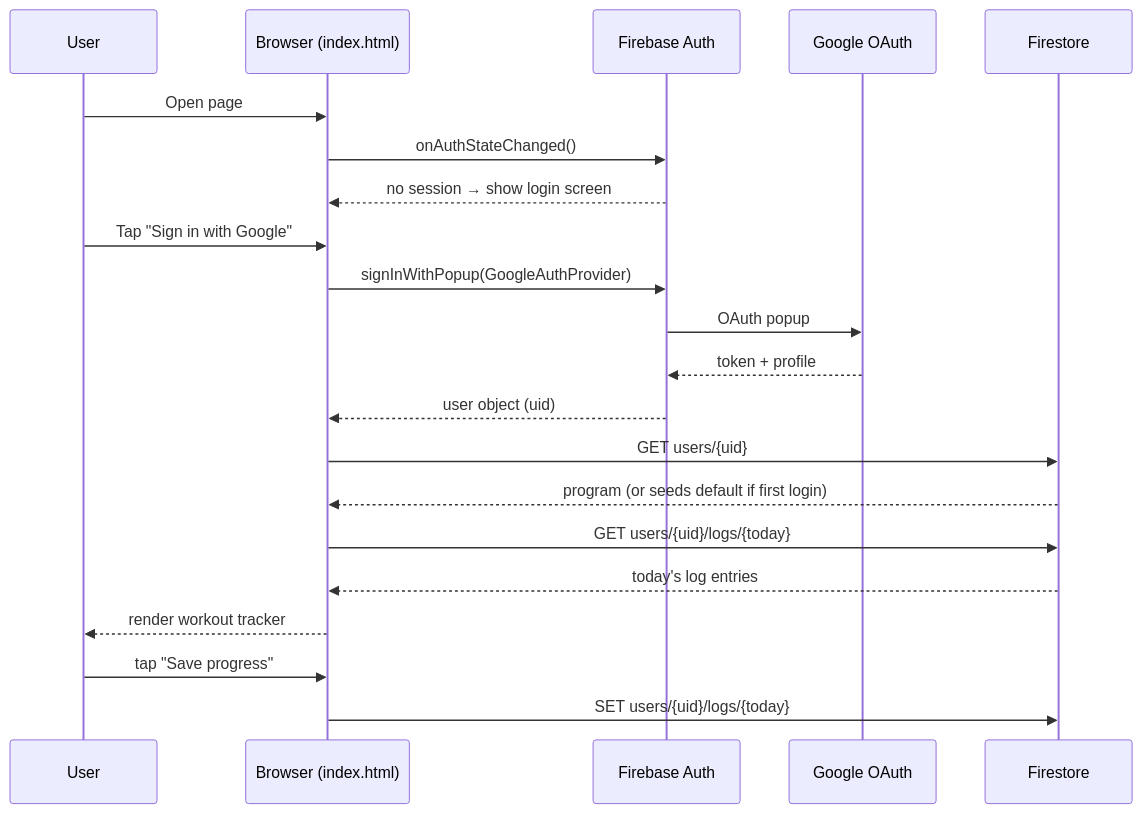
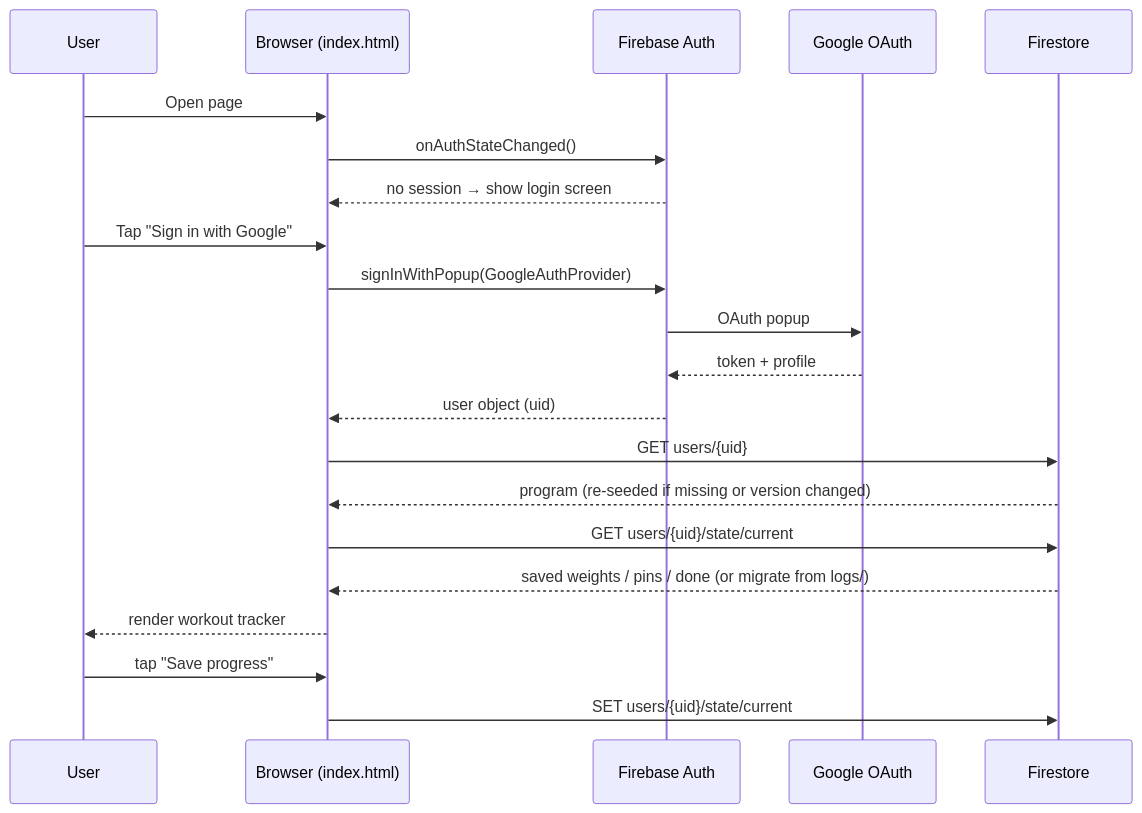
The third of 3 diagrams in README.md (sarath-chandra-dev/shirtoff-tracker), drawn with Mermaid before and after one commit. The commit also changed other lines of this file and 1 other file, not shown here.

First line of the commit message:
Update README to match current code and add food tracker spec

````diff
--- a/README.md
+++ b/README.md
@@ -133,25 +154,25 @@
 ```mermaid
 sequenceDiagram
     participant U  as User
     participant App as Browser (index.html)
     participant Auth as Firebase Auth
     participant G   as Google OAuth
     participant DB  as Firestore
 
     U->>App:  Open page
     App->>Auth: onAuthStateChanged()
     Auth-->>App: no session → show login screen
     U->>App:  Tap "Sign in with Google"
     App->>Auth: signInWithPopup(GoogleAuthProvider)
     Auth->>G:   OAuth popup
     G-->>Auth:  token + profile
     Auth-->>App: user object (uid)
     App->>DB:   GET users/{uid}
-    DB-->>App:  program (or seeds default if first login)
-    App->>DB:   GET users/{uid}/logs/{today}
-    DB-->>App:  today's log entries
+    DB-->>App:  program (re-seeded if missing or version changed)
+    App->>DB:   GET users/{uid}/state/current
+    DB-->>App:  saved weights / pins / done (or migrate from logs/)
     App-->>U:   render workout tracker
 
     U->>App:  tap "Save progress"
-    App->>DB: SET users/{uid}/logs/{today}
+    App->>DB: SET users/{uid}/state/current
 ```
````
